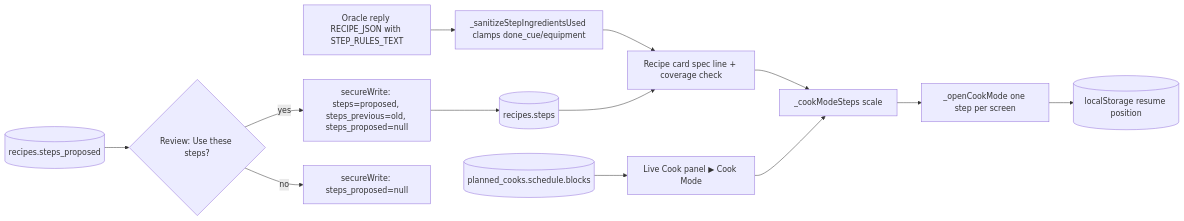
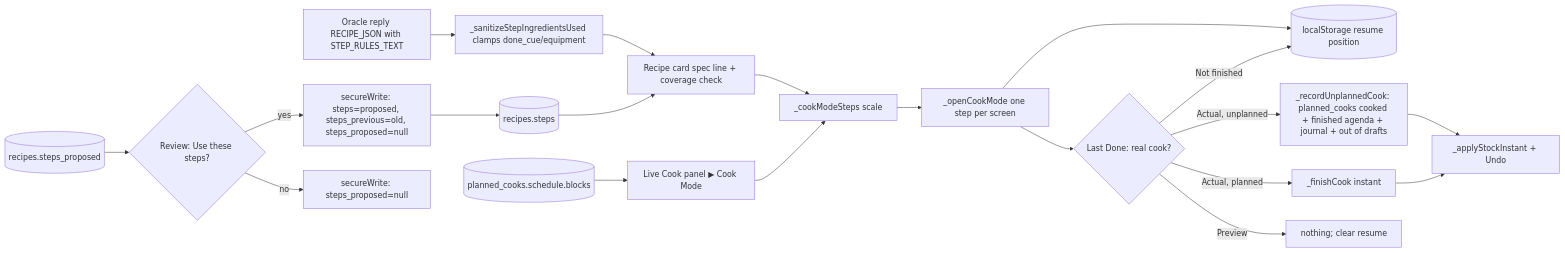
Diagram 23 of 25 in system_flow_map.md (acesanyabeats-web/RPGACE), drawn with Mermaid before and after one commit. The commit also changed 9 other files, not shown here.

First line of the commit message:
Cook Mode asks actual cook or preview at the end (CM-1, CM-2)

````diff
--- a/system_flow_map.md
+++ b/system_flow_map.md
@@ -813,11 +813,16 @@
 ```mermaid
 flowchart LR
   G[Oracle reply RECIPE_JSON with STEP_RULES_TEXT] --> SAN[_sanitizeStepIngredientsUsed clamps done_cue/equipment] --> CARD[Recipe card spec line + coverage check]
   DB[(recipes.steps)] --> CARD
   PROP[(recipes.steps_proposed)] --> RV{Review: Use these steps?}
   RV -- yes --> W[secureWrite: steps=proposed, steps_previous=old, steps_proposed=null] --> DB
   RV -- no --> X[secureWrite: steps_proposed=null]
   CARD --> CMS[_cookModeSteps scale] --> CM[_openCookMode one step per screen]
   PC[(planned_cooks.schedule.blocks)] --> LIVE[Live Cook panel ▶ Cook Mode] --> CMS
   CM --> LS[(localStorage resume position)]
+  CM --> Q{Last Done: real cook?}
+  Q -- Actual, unplanned --> RU[_recordUnplannedCook: planned_cooks cooked + finished agenda + journal + out of drafts] --> INS[_applyStockInstant + Undo]
+  Q -- Actual, planned --> FC[_finishCook instant] --> INS
+  Q -- Preview --> NOP[nothing; clear resume]
+  Q -- Not finished --> LS
 ```
````
